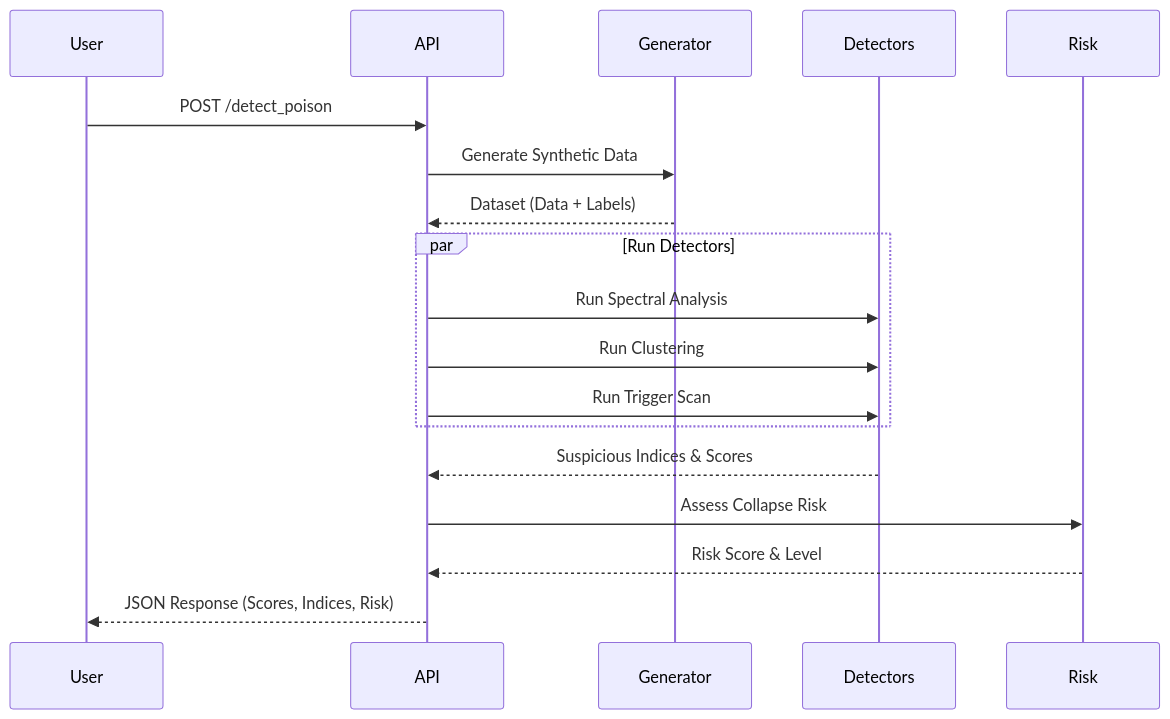
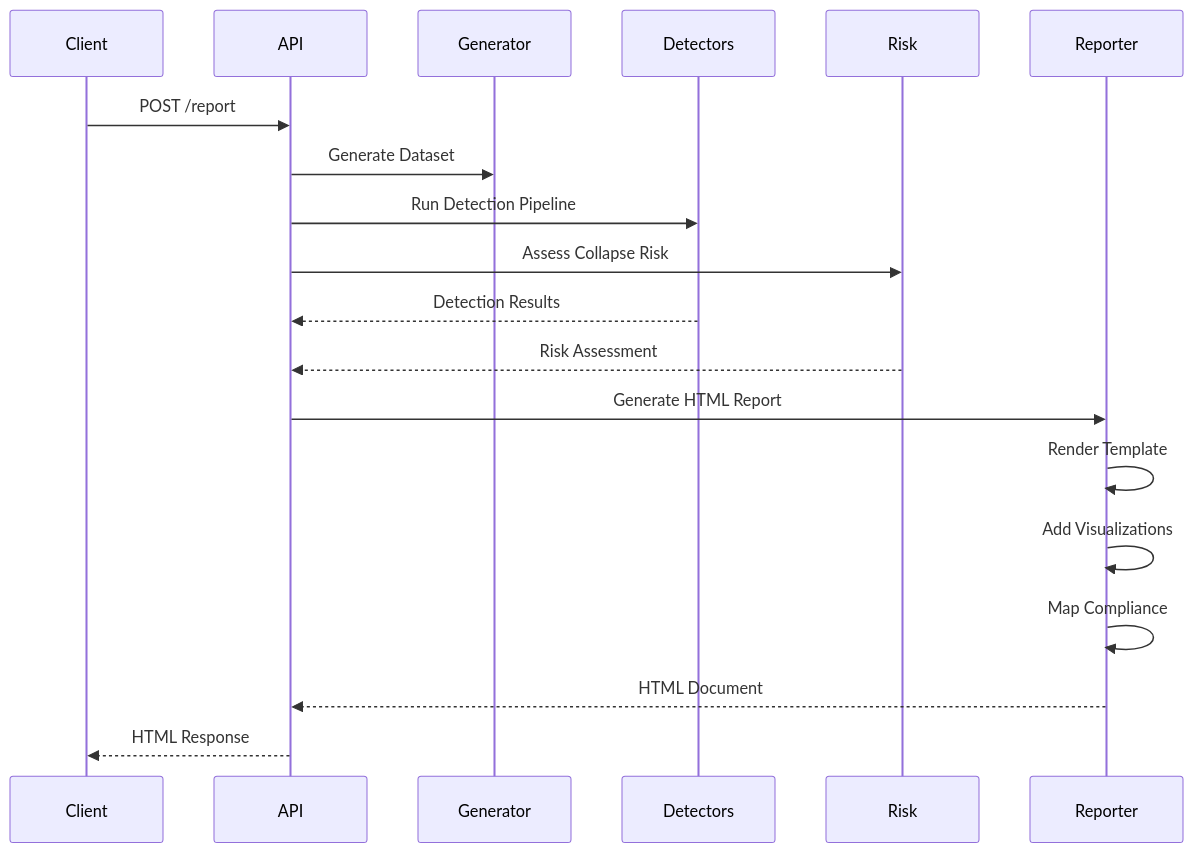
The third of 4 diagrams in docs/ARCHITECTURE.md (Raoof128/DPDT), drawn with Mermaid before and after one commit. The commit also changed other lines of this file and 3 other files, not shown here.

````diff
--- a/docs/ARCHITECTURE.md
+++ b/docs/ARCHITECTURE.md
@@ -82,25 +260,25 @@
 ```mermaid
 sequenceDiagram
-    participant User
+    participant Client
     participant API
     participant Generator
     participant Detectors
     participant Risk
+    participant Reporter
+
+    Client->>API: POST /report
+    API->>Generator: Generate Dataset
+    API->>Detectors: Run Detection Pipeline
+    API->>Risk: Assess Collapse Risk
     
-    User->>API: POST /detect_poison
-    API->>Generator: Generate Synthetic Data
-    Generator-->>API: Dataset (Data + Labels)
+    Detectors-->>API: Detection Results
+    Risk-->>API: Risk Assessment
     
-    par Run Detectors
-        API->>Detectors: Run Spectral Analysis
-        API->>Detectors: Run Clustering
-        API->>Detectors: Run Trigger Scan
-    end
+    API->>Reporter: Generate HTML Report
+    Reporter->>Reporter: Render Template
+    Reporter->>Reporter: Add Visualizations
+    Reporter->>Reporter: Map Compliance
     
-    Detectors-->>API: Suspicious Indices & Scores
-    
-    API->>Risk: Assess Collapse Risk
-    Risk-->>API: Risk Score & Level
-    
-    API-->>User: JSON Response (Scores, Indices, Risk)
+    Reporter-->>API: HTML Document
+    API-->>Client: HTML Response
 ```
````
